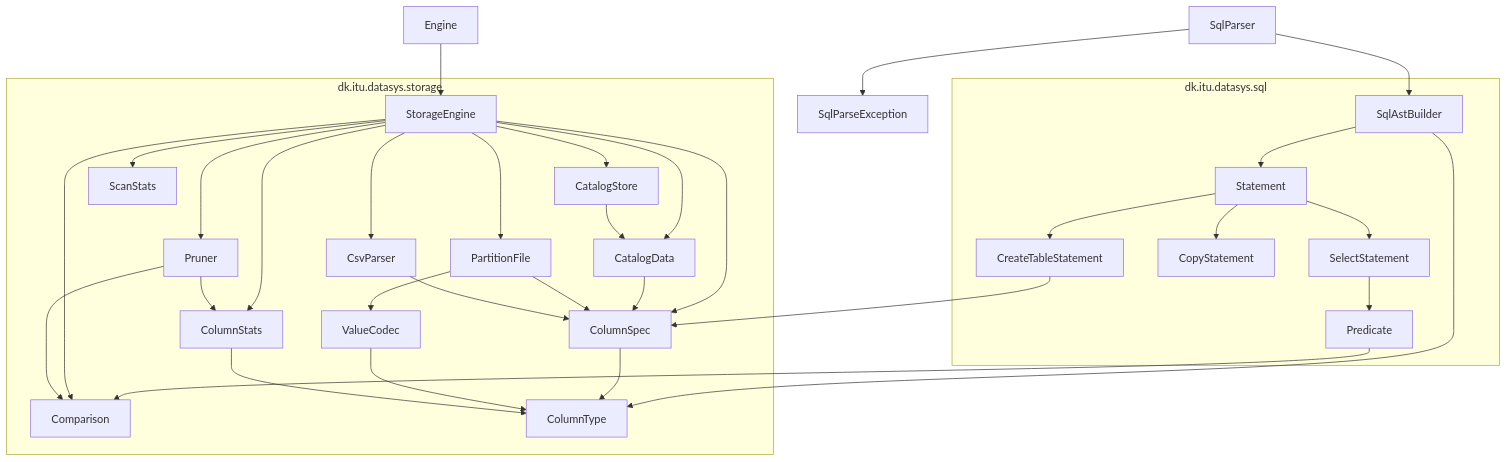
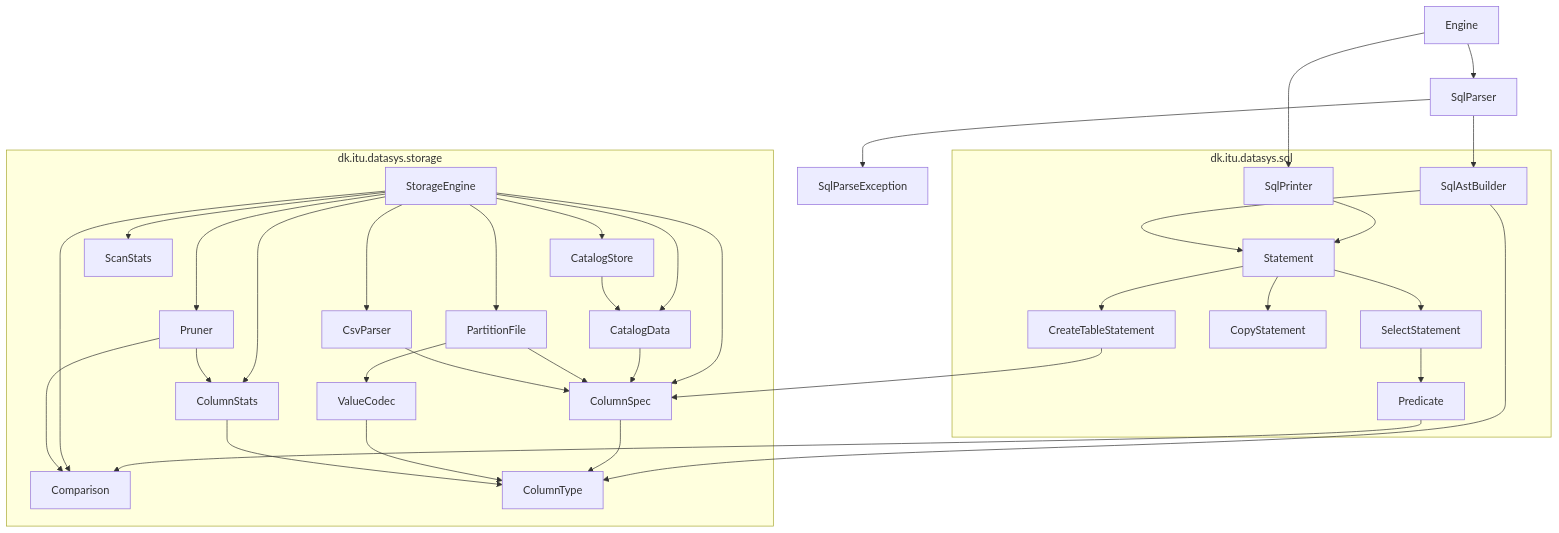
Before and after one commit to julianefalsig/datasys-engine-TheQueryCrew: the diagram in README.md, drawn with Mermaid. The commit also changed other lines of this file and 3 other files, not shown here.

````diff
--- a/README.md
+++ b/README.md
@@ -60,58 +62,61 @@
 ```mermaid
 flowchart TD
   Engine
   SqlParser
   SqlParseException
   subgraph sqlPkg ["dk.itu.datasys.sql"]
     SqlAstBuilder
+    SqlPrinter
     Statement
     CreateTableStatement
     CopyStatement
     SelectStatement
     Predicate
   end
   subgraph storagePkg ["dk.itu.datasys.storage"]
     StorageEngine
     CatalogStore
     CatalogData
     PartitionFile
     CsvParser
     Pruner
     ColumnStats
     ColumnSpec
     Comparison
     ScanStats
     ValueCodec
     ColumnType
   end
-  Engine --> StorageEngine
+  Engine --> SqlParser
+  Engine --> SqlPrinter
   SqlParser --> SqlAstBuilder
+  SqlPrinter --> Statement
   SqlParser --> SqlParseException
   SqlAstBuilder --> Statement
   Statement --> CreateTableStatement
   Statement --> CopyStatement
   Statement --> SelectStatement
   CreateTableStatement --> ColumnSpec
   SelectStatement --> Predicate
   Predicate --> Comparison
   SqlAstBuilder --> ColumnType
   StorageEngine --> CatalogStore
   StorageEngine --> CatalogData
   StorageEngine --> PartitionFile
   StorageEngine --> CsvParser
   StorageEngine --> Pruner
   StorageEngine --> ColumnStats
   StorageEngine --> ColumnSpec
   StorageEngine --> Comparison
   StorageEngine --> ScanStats
   CatalogStore --> CatalogData
   CatalogData --> ColumnSpec
   PartitionFile --> ValueCodec
   PartitionFile --> ColumnSpec
   CsvParser --> ColumnSpec
   Pruner --> ColumnStats
   Pruner --> Comparison
   ColumnSpec --> ColumnType
   ValueCodec --> ColumnType
   ColumnStats --> ColumnType
 ```
````
